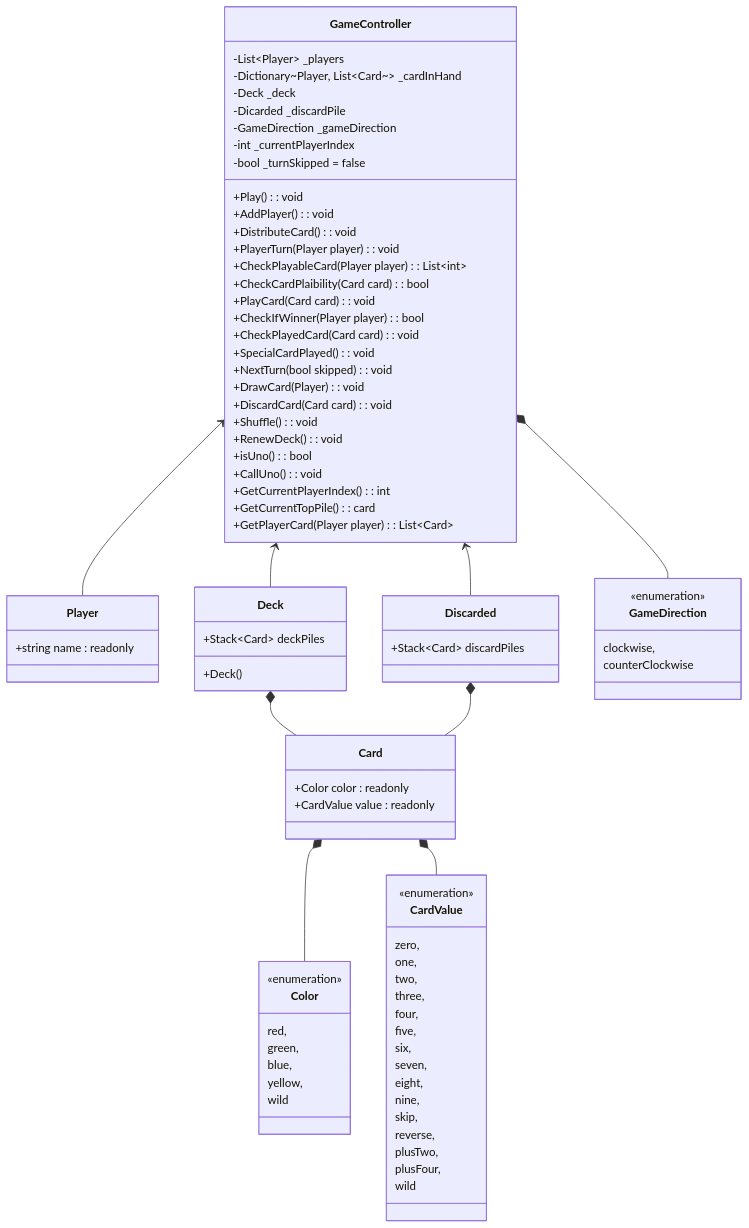
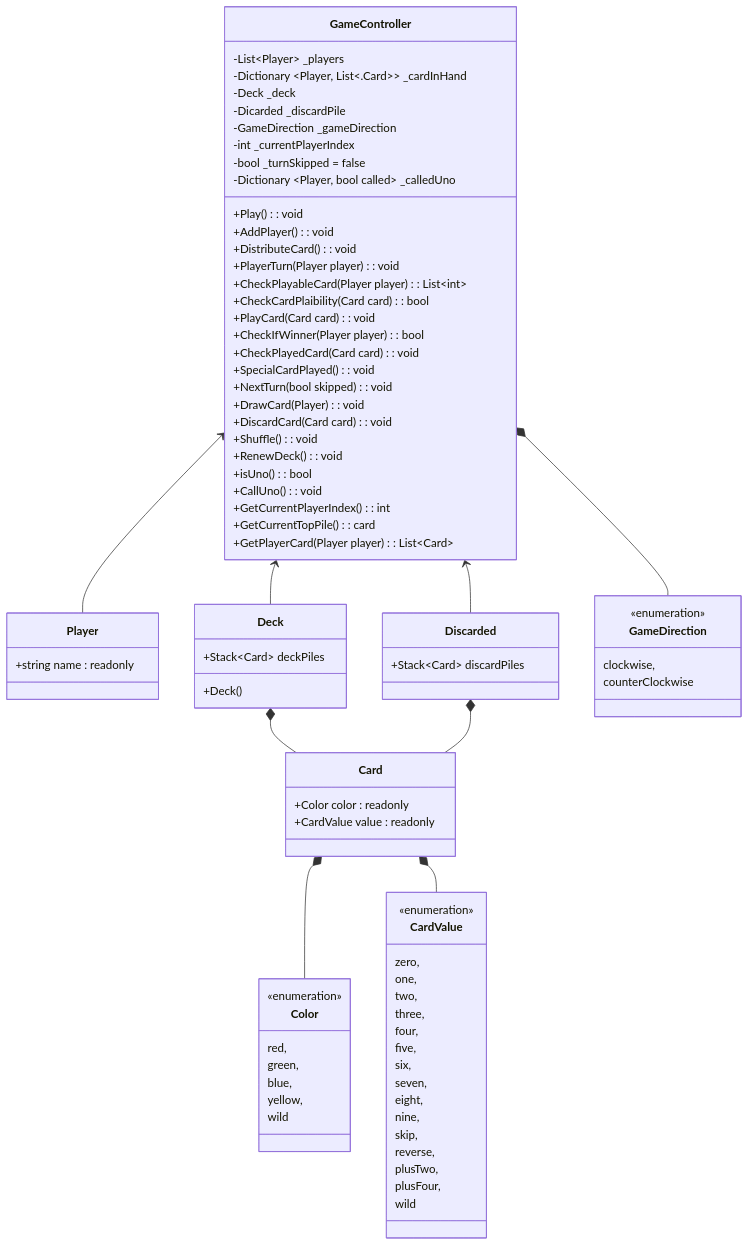
Before and after one commit to waskithag/Formulatrix_bc: the diagram in Class Diagram/uno.md, drawn with Mermaid.

```diff
--- a/Class Diagram/uno.md
+++ b/Class Diagram/uno.md
@@ -20,12 +20,13 @@
 
     class GameController{
         -List~Player~  _players
-        -Dictionary~Player, List~Card~~ _cardInHand  
+        -Dictionary ~Player, List<.Card>~  _cardInHand  
         -Deck _deck 
         -Dicarded _discardPile
         -GameDirection _gameDirection 
         -int _currentPlayerIndex 
         -bool _turnSkipped = false 
+        -Dictionary ~Player, bool called~  _calledUno 
 
         +Play() : void
         +AddPlayer() : void
```
